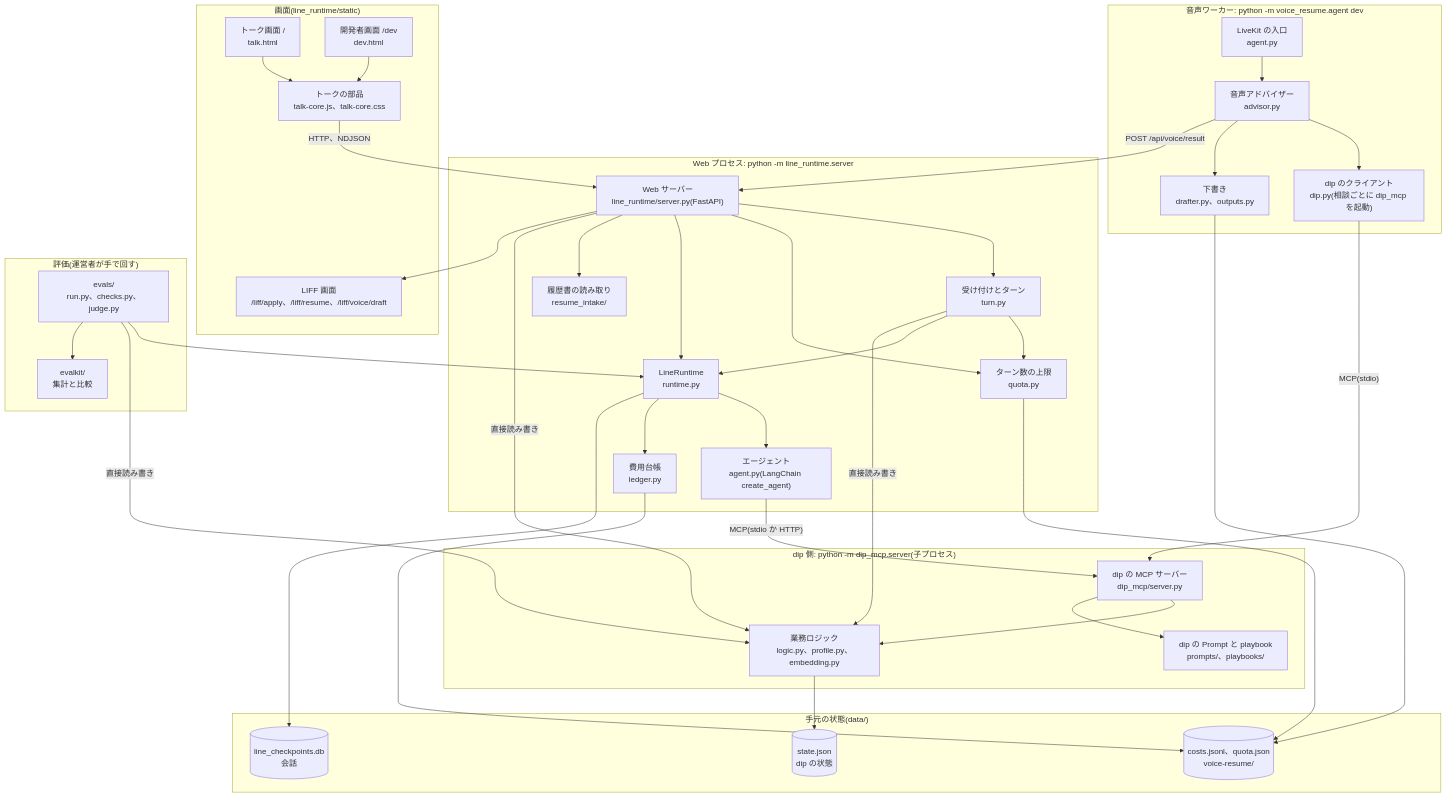
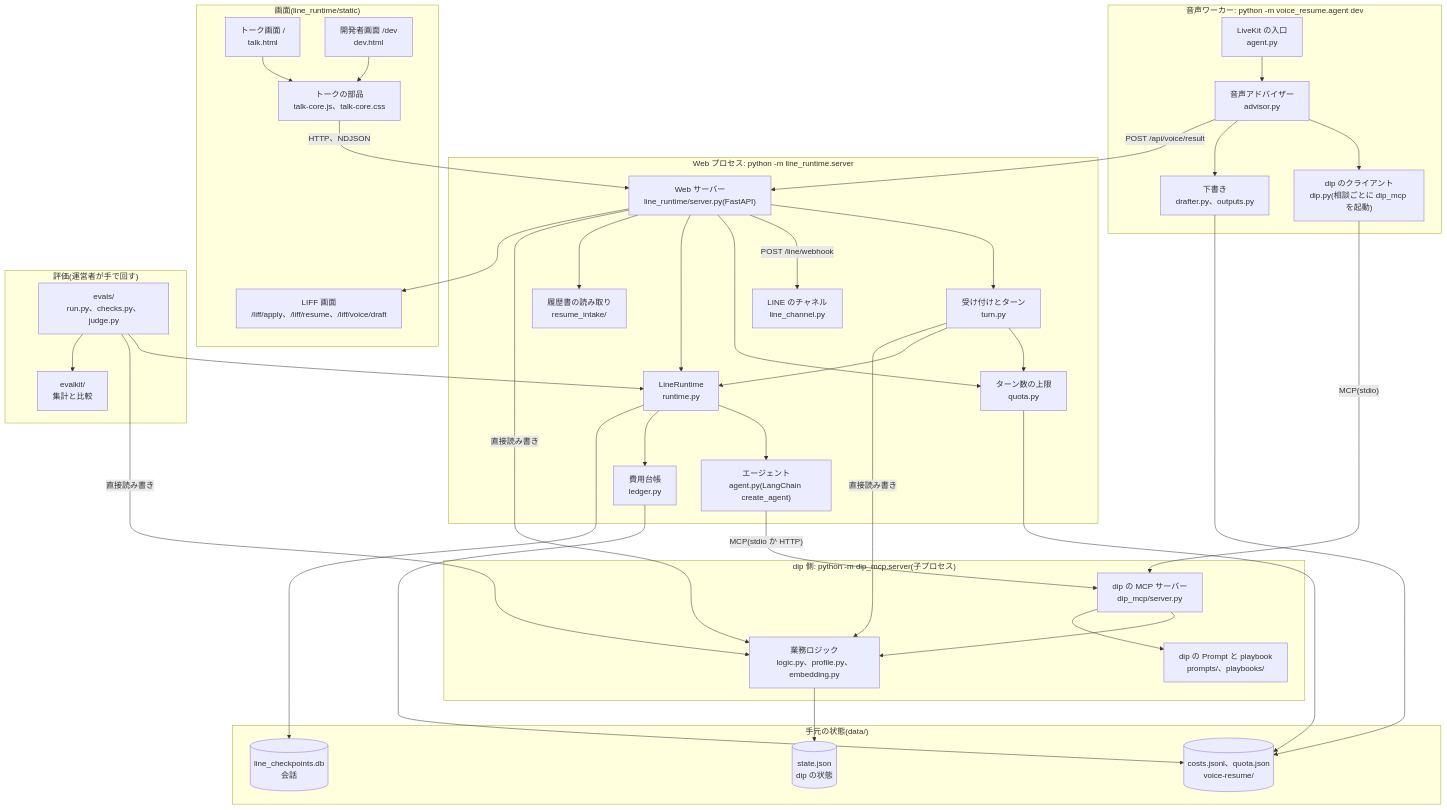
The second of 9 diagrams in docs/architecture/hld.md (jyoka/aica), drawn with Mermaid before and after one commit. The commit also changed other lines of this file and 7 other files, not shown here.

Commit message:
task 177: aica LINE (1/3): Messaging API の webhook でテキストの会話を返す

````diff
--- a/docs/architecture/hld.md
+++ b/docs/architecture/hld.md
@@ -137,74 +146,76 @@
 ```mermaid
 flowchart TB
     subgraph screens["画面(line_runtime/static)"]
         talk["トーク画面 /<br/>talk.html"]
         devp["開発者画面 /dev<br/>dev.html"]
         core["トークの部品<br/>talk-core.js、talk-core.css"]
         liff["LIFF 画面<br/>/liff/apply、/liff/resume、/liff/voice/draft"]
     end
 
     subgraph web["Web プロセス: python -m line_runtime.server"]
         server["Web サーバー<br/>line_runtime/server.py(FastAPI)"]
+        linech["LINE のチャネル<br/>line_channel.py"]
         turn["受け付けとターン<br/>turn.py"]
         quota["ターン数の上限<br/>quota.py"]
         rt["LineRuntime<br/>runtime.py"]
         agent["エージェント<br/>agent.py(LangChain create_agent)"]
         ledger["費用台帳<br/>ledger.py"]
         intake["履歴書の読み取り<br/>resume_intake/"]
     end
 
     subgraph dip["dip 側: python -m dip_mcp.server(子プロセス)"]
         mcp["dip の MCP サーバー<br/>dip_mcp/server.py"]
         logic["業務ロジック<br/>logic.py、profile.py、embedding.py"]
         content["dip の Prompt と playbook<br/>prompts/、playbooks/"]
     end
 
     subgraph voice["音声ワーカー: python -m voice_resume.agent dev"]
         worker["LiveKit の入口<br/>agent.py"]
         advisor["音声アドバイザー<br/>advisor.py"]
         vdip["dip のクライアント<br/>dip.py(相談ごとに dip_mcp を起動)"]
         drafter["下書き<br/>drafter.py、outputs.py"]
     end
 
     subgraph evalp["評価(運営者が手で回す)"]
         evals["evals/<br/>run.py、checks.py、judge.py"]
         evalkit["evalkit/<br/>集計と比較"]
     end
 
     subgraph store["手元の状態(data/)"]
         state[("state.json<br/>dip の状態")]
         ckpt[("line_checkpoints.db<br/>会話")]
         files[("costs.jsonl、quota.json<br/>voice-resume/")]
     end
 
     talk --> core
     devp --> core
     core -- "HTTP、NDJSON" --> server
     server --> turn
+    server -- "POST /line/webhook" --> linech
     turn --> quota
     turn --> rt
     turn -- "直接読み書き" --> logic
     server --> quota
     server --> rt
     server --> intake
     server -- "直接読み書き" --> logic
     server --> liff
     rt --> agent
     rt --> ledger
     agent -- "MCP(stdio か HTTP)" --> mcp
     mcp --> logic
     mcp --> content
     logic --> state
     rt --> ckpt
     ledger --> files
     quota --> files
     worker --> advisor
     advisor --> vdip
     vdip -- "MCP(stdio)" --> mcp
     advisor --> drafter
     drafter --> files
     advisor -- "POST /api/voice/result" --> server
     evals --> rt
     evals -- "直接読み書き" --> logic
     evals --> evalkit
 ```
````
